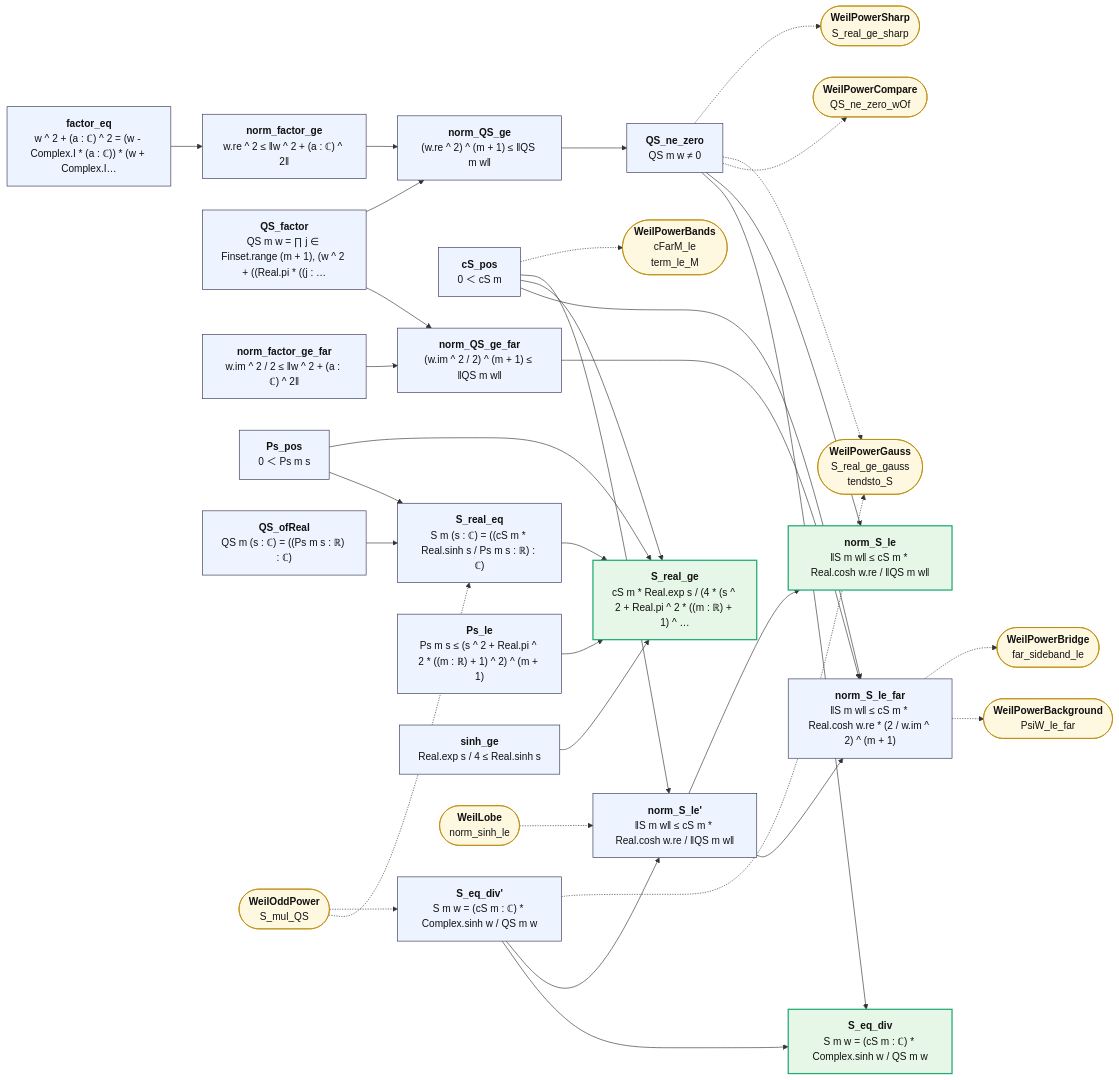
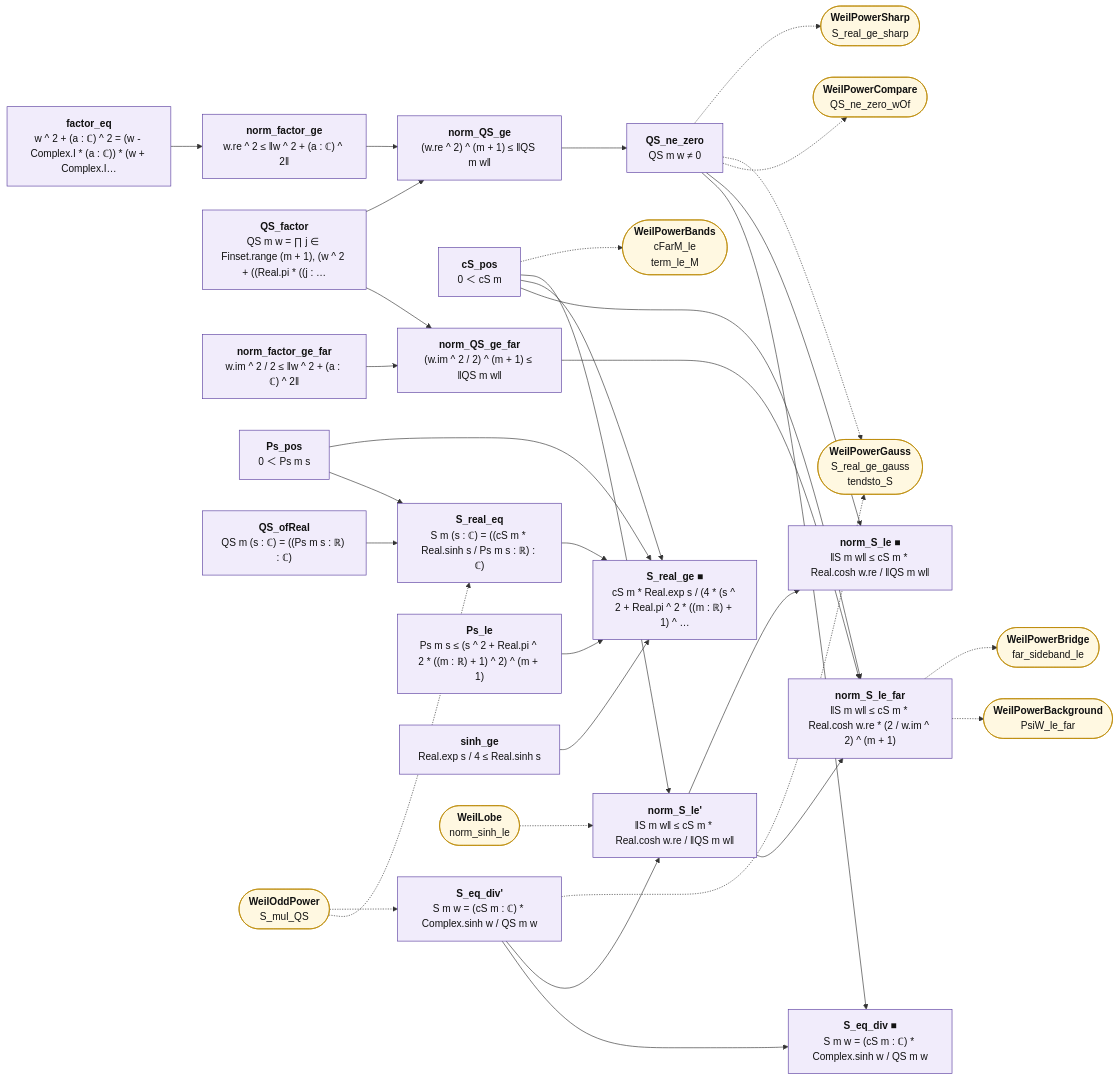
The diagram in map/lean_stage3/WeilPowerBounds.md (juliansambranojr/Primebeat_081426), drawn with Mermaid before and after one commit. The commit also changed other lines of this file and 398 other files, not shown here.

````diff
--- a/map/lean_stage3/WeilPowerBounds.md
+++ b/map/lean_stage3/WeilPowerBounds.md
@@ -12,67 +12,70 @@
 ```mermaid
 flowchart LR
-  n0["<b>factor_eq</b><br/>w ^ 2 + (a : ℂ) ^ 2 = (w - Complex.I * (a : ℂ)) * (w + Complex.I…"]:::thm
-  n1["<b>norm_factor_ge</b><br/>w.re ^ 2 ≤ ‖w ^ 2 + (a : ℂ) ^ 2‖"]:::thm
-  n2["<b>QS_factor</b><br/>QS m w = ∏ j ∈ Finset.range (m + 1), (w ^ 2 + ((Real.pi * ((j : …"]:::thm
-  n3["<b>norm_QS_ge</b><br/>(w.re ^ 2) ^ (m + 1) ≤ ‖QS m w‖"]:::thm
-  n4["<b>QS_ne_zero</b><br/>QS m w ≠ 0"]:::thm
-  n5["<b>cS_pos</b><br/>0 ＜ cS m"]:::thm
-  n6["<b>S_eq_div'</b><br/>S m w = (cS m : ℂ) * Complex.sinh w / QS m w"]:::thm
-  n7["<b>S_eq_div</b><br/>S m w = (cS m : ℂ) * Complex.sinh w / QS m w"]:::end_
-  n8["<b>norm_S_le'</b><br/>‖S m w‖ ≤ cS m * Real.cosh w.re / ‖QS m w‖"]:::thm
-  n9["<b>norm_S_le</b><br/>‖S m w‖ ≤ cS m * Real.cosh w.re / ‖QS m w‖"]:::end_
-  n10["<b>norm_factor_ge_far</b><br/>w.im ^ 2 / 2 ≤ ‖w ^ 2 + (a : ℂ) ^ 2‖"]:::thm
-  n11["<b>norm_QS_ge_far</b><br/>(w.im ^ 2 / 2) ^ (m + 1) ≤ ‖QS m w‖"]:::thm
-  n12["<b>norm_S_le_far</b><br/>‖S m w‖ ≤ cS m * Real.cosh w.re * (2 / w.im ^ 2) ^ (m + 1)"]:::thm
-  n13["<b>Ps_pos</b><br/>0 ＜ Ps m s"]:::thm
-  n14["<b>QS_ofReal</b><br/>QS m (s : ℂ) = ((Ps m s : ℝ) : ℂ)"]:::thm
-  n15["<b>S_real_eq</b><br/>S m (s : ℂ) = ((cS m * Real.sinh s / Ps m s : ℝ) : ℂ)"]:::thm
-  n16["<b>Ps_le</b><br/>Ps m s ≤ (s ^ 2 + Real.pi ^ 2 * ((m : ℝ) + 1) ^ 2) ^ (m + 1)"]:::thm
-  n17["<b>sinh_ge</b><br/>Real.exp s / 4 ≤ Real.sinh s"]:::thm
-  n18["<b>S_real_ge</b><br/>cS m * Real.exp s / (4 * (s ^ 2 + Real.pi ^ 2 * ((m : ℝ) + 1) ^ …"]:::end_
+  n0["<b>factor_eq</b><br/>w ^ 2 + (a : ℂ) ^ 2 = (w - Complex.I * (a : ℂ)) * (w + Complex.I…"]:::shp
+  n1["<b>norm_factor_ge</b><br/>w.re ^ 2 ≤ ‖w ^ 2 + (a : ℂ) ^ 2‖"]:::shp
+  n2["<b>QS_factor</b><br/>QS m w = ∏ j ∈ Finset.range (m + 1), (w ^ 2 + ((Real.pi * ((j : …"]:::shp
+  n3["<b>norm_QS_ge</b><br/>(w.re ^ 2) ^ (m + 1) ≤ ‖QS m w‖"]:::shp
+  n4["<b>QS_ne_zero</b><br/>QS m w ≠ 0"]:::shp
+  n5["<b>cS_pos</b><br/>0 ＜ cS m"]:::shp
+  n6["<b>S_eq_div'</b><br/>S m w = (cS m : ℂ) * Complex.sinh w / QS m w"]:::shp
+  n7["<b>S_eq_div ■</b><br/>S m w = (cS m : ℂ) * Complex.sinh w / QS m w"]:::shp
+  n8["<b>norm_S_le'</b><br/>‖S m w‖ ≤ cS m * Real.cosh w.re / ‖QS m w‖"]:::shp
+  n9["<b>norm_S_le ■</b><br/>‖S m w‖ ≤ cS m * Real.cosh w.re / ‖QS m w‖"]:::shp
+  n10["<b>norm_factor_ge_far</b><br/>w.im ^ 2 / 2 ≤ ‖w ^ 2 + (a : ℂ) ^ 2‖"]:::shp
+  n11["<b>norm_QS_ge_far</b><br/>(w.im ^ 2 / 2) ^ (m + 1) ≤ ‖QS m w‖"]:::shp
+  n12["<b>norm_S_le_far</b><br/>‖S m w‖ ≤ cS m * Real.cosh w.re * (2 / w.im ^ 2) ^ (m + 1)"]:::shp
+  n13["<b>Ps_pos</b><br/>0 ＜ Ps m s"]:::shp
+  n14["<b>QS_ofReal</b><br/>QS m (s : ℂ) = ((Ps m s : ℝ) : ℂ)"]:::shp
+  n15["<b>S_real_eq</b><br/>S m (s : ℂ) = ((cS m * Real.sinh s / Ps m s : ℝ) : ℂ)"]:::shp
+  n16["<b>Ps_le</b><br/>Ps m s ≤ (s ^ 2 + Real.pi ^ 2 * ((m : ℝ) + 1) ^ 2) ^ (m + 1)"]:::shp
+  n17["<b>sinh_ge</b><br/>Real.exp s / 4 ≤ Real.sinh s"]:::shp
+  n18["<b>S_real_ge ■</b><br/>cS m * Real.exp s / (4 * (s ^ 2 + Real.pi ^ 2 * ((m : ℝ) + 1) ^ …"]:::shp
   x0(["<b>WeilPowerCompare</b><br/>QS_ne_zero_wOf"]):::ext
   x1(["<b>WeilPowerGauss</b><br/>S_real_ge_gauss<br/>tendsto_S"]):::ext
   x2(["<b>WeilPowerSharp</b><br/>S_real_ge_sharp"]):::ext
   x3(["<b>WeilPowerBands</b><br/>cFarM_le<br/>term_le_M"]):::ext
   x4(["<b>WeilOddPower</b><br/>S_mul_QS"]):::ext
   x5(["<b>WeilLobe</b><br/>norm_sinh_le"]):::ext
   x6(["<b>WeilPowerBackground</b><br/>PsiW_le_far"]):::ext
   x7(["<b>WeilPowerBridge</b><br/>far_sideband_le"]):::ext
   n0 --> n1
   n1 --> n3
   n10 --> n11
   n11 --> n12
   n13 --> n15
   n13 --> n18
   n14 --> n15
   n15 --> n18
   n16 --> n18
   n17 --> n18
   n2 --> n11
   n2 --> n3
   n3 --> n4
   n4 --> n7
   n4 --> n9
   n5 --> n12
   n5 --> n18
   n5 --> n8
   n6 --> n7
   n6 --> n8
   n8 --> n12
   n8 --> n9
   n12 -.-> x6
   n12 -.-> x7
   n4 -.-> x0
   n4 -.-> x1
   n4 -.-> x2
   n5 -.-> x3
   n6 -.-> x1
   x4 -.-> n15
   x4 -.-> n6
   x5 -.-> n8
+  classDef cnt fill:#dff5ec,stroke:#17694a,color:#111
+  classDef shp fill:#f1ecfb,stroke:#5b3fa0,color:#111
+  classDef rh fill:#ffe5e5,stroke:#c22,color:#111,stroke-width:2px
   classDef thm fill:#eef4ff,stroke:#335,color:#111
   classDef end_ fill:#e7f7e7,stroke:#2a7,color:#111,stroke-width:2px
   classDef lone fill:#fff,stroke:#999,color:#111,stroke-dasharray:4 3
   classDef bad fill:#ffe5e5,stroke:#c22,color:#111,stroke-width:2px
   classDef ext fill:#fff8e1,stroke:#b80,color:#111
 ```
````
